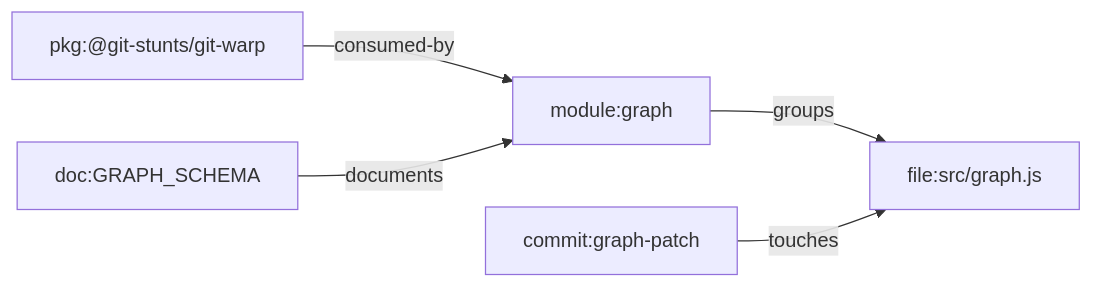
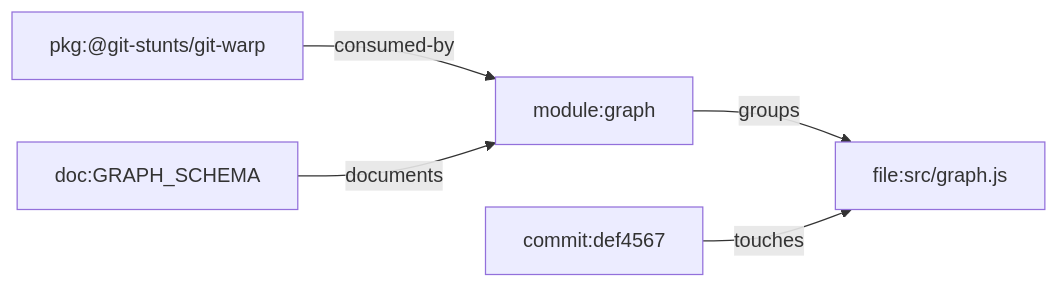
Before and after one commit to flyingrobots/git-mind: the diagram in docs/design/feature-profiles/graph-substrate.md, drawn with Mermaid. The commit also changed 3 other files, not shown here.

Commit message:
docs: tighten graph system id examples (#322)

````diff
--- a/docs/design/feature-profiles/graph-substrate.md
+++ b/docs/design/feature-profiles/graph-substrate.md
@@ -64,7 +64,7 @@
 ```mermaid
 flowchart LR
     Warp["pkg:@git-stunts/git-warp"] -->|consumed-by| Graph["module:graph"]
     Graph -->|groups| Adapter["file:src/graph.js"]
-    Patch["commit:graph-patch"] -->|touches| Adapter
+    Patch["commit:def4567"] -->|touches| Adapter
     Schema["doc:GRAPH_SCHEMA"] -->|documents| Graph
 ```
````
